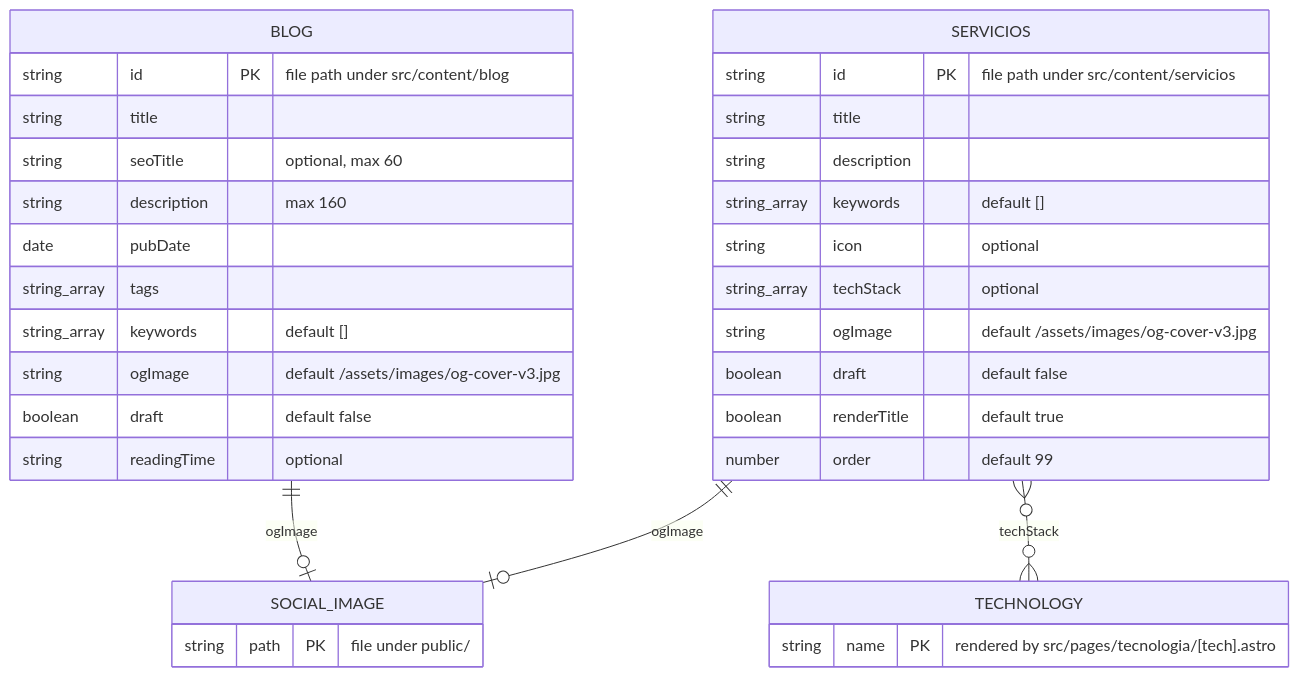
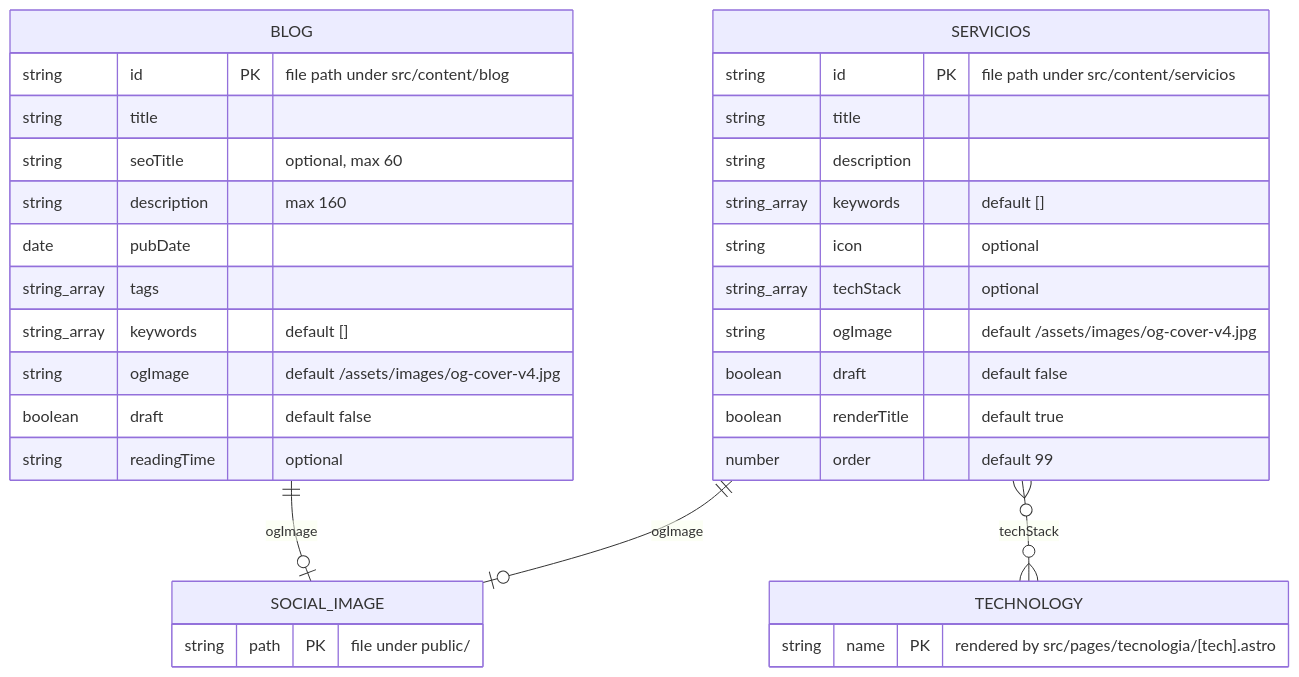
The diagram in docs/21-data-model.md (Nain9Dev/nain9dev.github.io), drawn with Mermaid before and after one commit. The commit also changed 10 other files, not shown here.

````diff
--- a/docs/21-data-model.md
+++ b/docs/21-data-model.md
@@ -13,36 +13,36 @@
 ```mermaid
 erDiagram
     BLOG ||--o| SOCIAL_IMAGE : "ogImage"
     SERVICIOS ||--o| SOCIAL_IMAGE : "ogImage"
     SERVICIOS }o--o{ TECHNOLOGY : "techStack"
     BLOG {
         string id PK "file path under src/content/blog"
         string title
         string seoTitle "optional, max 60"
         string description "max 160"
         date pubDate
         string_array tags
         string_array keywords "default []"
-        string ogImage "default /assets/images/og-cover-v3.jpg"
+        string ogImage "default /assets/images/og-cover-v4.jpg"
         boolean draft "default false"
         string readingTime "optional"
     }
     SERVICIOS {
         string id PK "file path under src/content/servicios"
         string title
         string description
         string_array keywords "default []"
         string icon "optional"
         string_array techStack "optional"
-        string ogImage "default /assets/images/og-cover-v3.jpg"
+        string ogImage "default /assets/images/og-cover-v4.jpg"
         boolean draft "default false"
         boolean renderTitle "default true"
         number order "default 99"
     }
     SOCIAL_IMAGE {
         string path PK "file under public/"
     }
     TECHNOLOGY {
         string name PK "rendered by src/pages/tecnologia/[tech].astro"
     }
 ```
````
